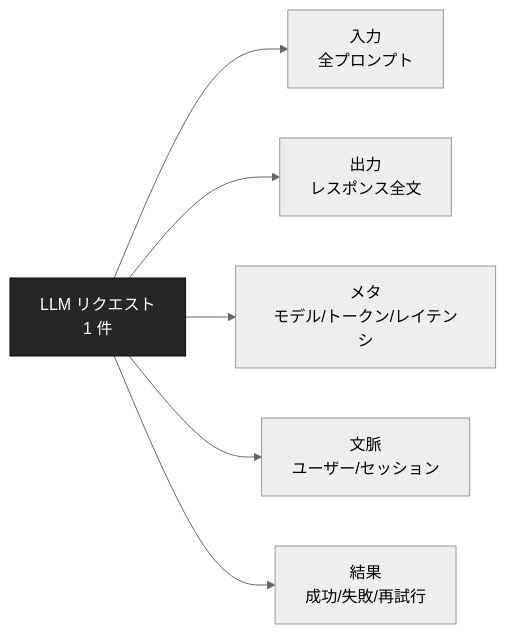
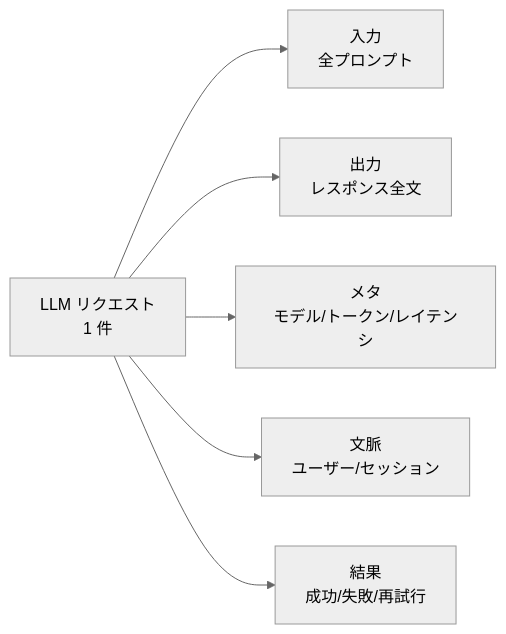
The first of 2 diagrams in docs/tech-notes/llm-アプリのログ設計で残すべき-5-項目.md (dinekt/dinekt-wiki), drawn with Mermaid (neutral theme) before and after one commit. The commit also changed other lines of this file and 70 other files, not shown here.

First line of the commit message:
fix(mermaid): strip all inline styling, rely on theme

````diff
--- a/docs/tech-notes/llm-アプリのログ設計で残すべき-5-項目.md
+++ b/docs/tech-notes/llm-アプリのログ設計で残すべき-5-項目.md
@@ -23,10 +23,9 @@
 ```mermaid
 flowchart LR
     R[LLM リクエスト<br/>1 件] --> L1[入力<br/>全プロンプト]
     R --> L2[出力<br/>レスポンス全文]
     R --> L3[メタ<br/>モデル/トークン/レイテンシ]
     R --> L4[文脈<br/>ユーザー/セッション]
     R --> L5[結果<br/>成功/失敗/再試行]
 
-    style R fill:#262626,color:#fff,stroke:#0a0a0a
 ```
````
